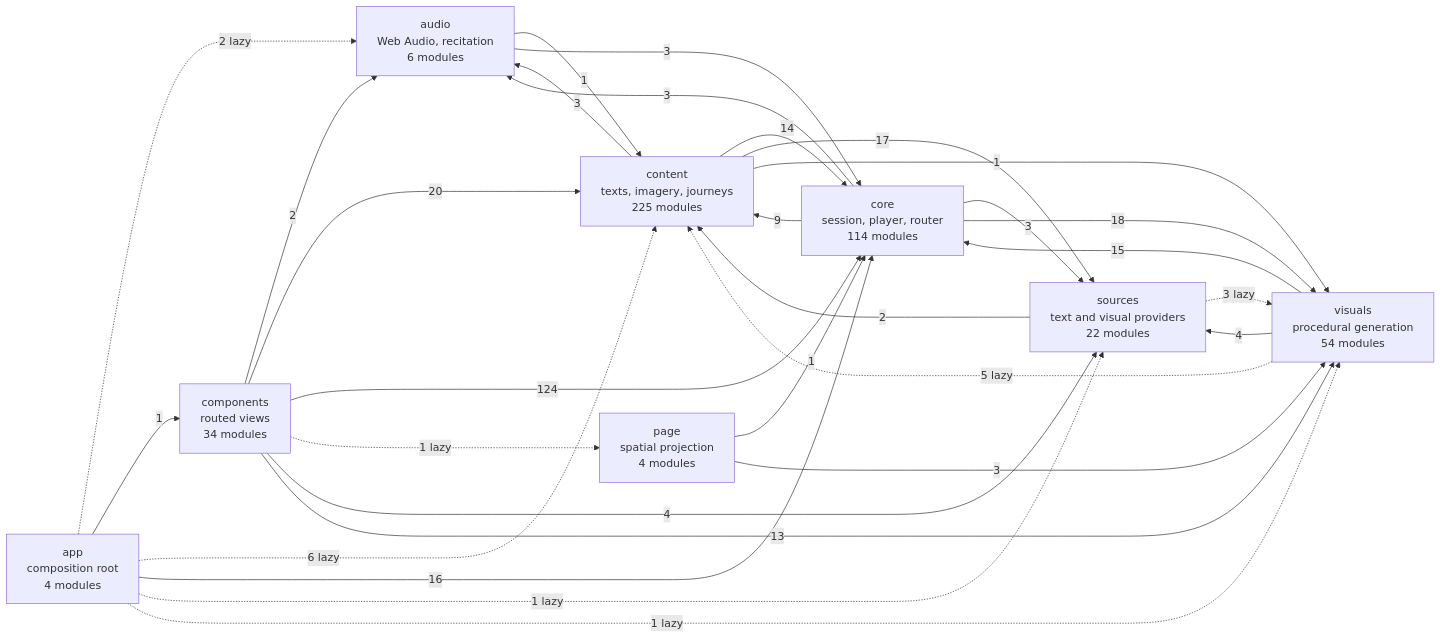
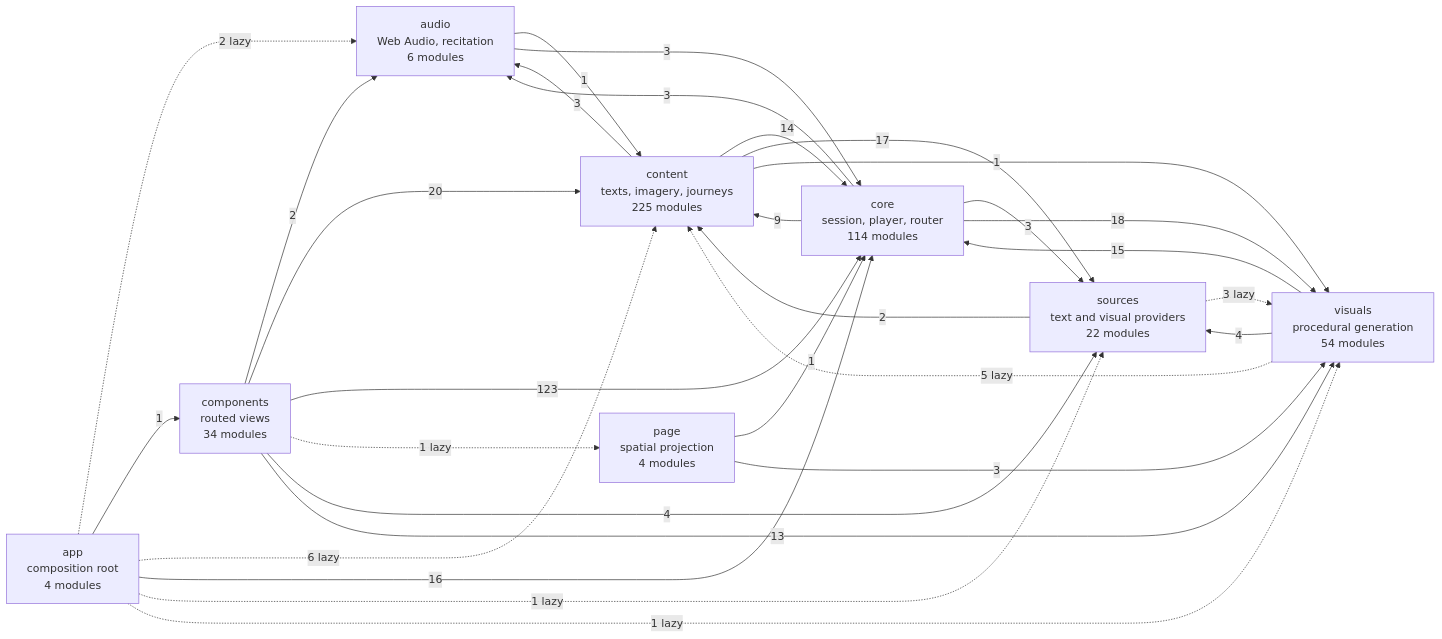
The diagram in docs/specs/ARCHITECTURE.md (SyberLabs/RISE), drawn with Mermaid before and after one commit. The commit also changed 10 other files, not shown here.

````diff
--- a/docs/specs/ARCHITECTURE.md
+++ b/docs/specs/ARCHITECTURE.md
@@ -149,41 +149,41 @@
 ```mermaid
 flowchart LR
     app["app<br/>composition root<br/>4 modules"]
     audio["audio<br/>Web Audio, recitation<br/>6 modules"]
     components["components<br/>routed views<br/>34 modules"]
     content["content<br/>texts, imagery, journeys<br/>225 modules"]
     core["core<br/>session, player, router<br/>114 modules"]
     page["page<br/>spatial projection<br/>4 modules"]
     sources["sources<br/>text and visual providers<br/>22 modules"]
     visuals["visuals<br/>procedural generation<br/>54 modules"]
 
     app -.-> |2 lazy| audio
     app --> |1| components
     app -.-> |6 lazy| content
     app --> |16| core
     app -.-> |1 lazy| sources
     app -.-> |1 lazy| visuals
     audio --> |1| content
     audio --> |3| core
     components --> |2| audio
     components --> |20| content
-    components --> |124| core
+    components --> |123| core
     components -.-> |1 lazy| page
     components --> |4| sources
     components --> |13| visuals
     content --> |3| audio
     content --> |14| core
     content --> |17| sources
     content --> |1| visuals
     core --> |3| audio
     core --> |9| content
     core --> |3| sources
     core --> |18| visuals
     page --> |1| core
     page --> |3| visuals
     sources --> |2| content
     sources -.-> |3 lazy| visuals
     visuals -.-> |5 lazy| content
     visuals --> |15| core
     visuals --> |4| sources
 ```
````
